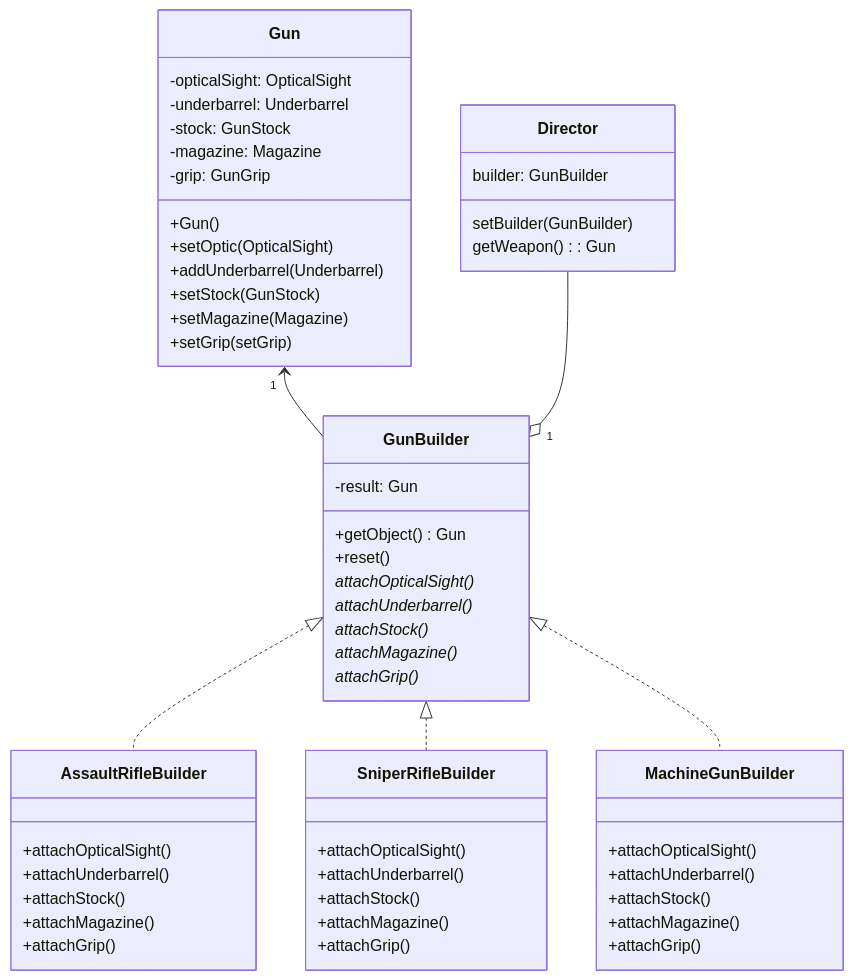
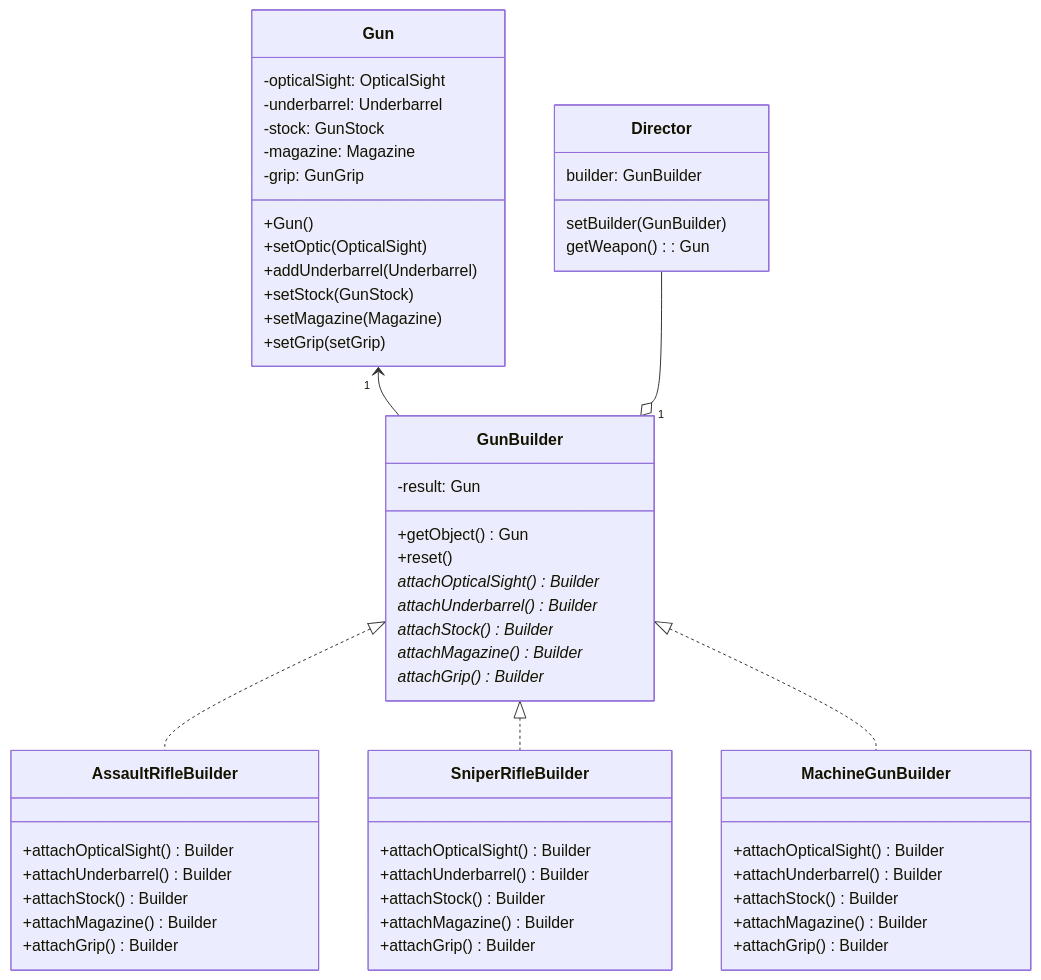
Before and after one commit to Bix2llets/CS202---Seminar: the fifth of 5 diagrams in 1. Builder/Builder.md, drawn with Mermaid. The commit also changed other lines of this file, not shown here.

Commit message:
Finish Builder.md file

````diff
--- a/1. Builder/Builder.md
+++ b/1. Builder/Builder.md
@@ -156,62 +156,62 @@
 ```mermaid
 classDiagram
 class Gun {
     -opticalSight: OpticalSight
     -underbarrel: Underbarrel
     -stock: GunStock
     -magazine: Magazine
     -grip: GunGrip
     +Gun()
     +setOptic(OpticalSight)
     +addUnderbarrel(Underbarrel)
     +setStock(GunStock)
     +setMagazine(Magazine)
     +setGrip(setGrip)
 }
 
 class GunBuilder {
     -result: Gun
     +getObject() Gun
     +reset()
 
-    attachOpticalSight()*
-    attachUnderbarrel()*
-    attachStock()*
-    attachMagazine()*
-    attachGrip()*
+    attachOpticalSight()* Builder
+    attachUnderbarrel()* Builder
+    attachStock()* Builder
+    attachMagazine()* Builder
+    attachGrip()* Builder
 }
 Gun "1" <-- GunBuilder
 GunBuilder <|.. AssaultRifleBuilder
 GunBuilder <|.. SniperRifleBuilder
 GunBuilder <|.. MachineGunBuilder
 class AssaultRifleBuilder {
-    +attachOpticalSight()
-    +attachUnderbarrel()
-    +attachStock()
-    +attachMagazine()
-    +attachGrip()
+    +attachOpticalSight() Builder 
+    +attachUnderbarrel()  Builder
+    +attachStock() Builder
+    +attachMagazine() Builder
+    +attachGrip() Builder
 }
 class SniperRifleBuilder {
-    +attachOpticalSight()
-    +attachUnderbarrel()
-    +attachStock()
-    +attachMagazine()
-    +attachGrip()
+    +attachOpticalSight()Builder
+    +attachUnderbarrel()Builder
+    +attachStock()Builder
+    +attachMagazine()Builder
+    +attachGrip()Builder
 }
 class MachineGunBuilder {
-    +attachOpticalSight()
-    +attachUnderbarrel()
-    +attachStock()
-    +attachMagazine()
-    +attachGrip()
+    +attachOpticalSight()Builder
+    +attachUnderbarrel()Builder
+    +attachStock()Builder
+    +attachMagazine()Builder
+    +attachGrip()Builder
 }
 Director --o "1" GunBuilder
 class Director {
     builder: GunBuilder
 
     setBuilder(GunBuilder)
     getWeapon(): Gun
 }
 
 
 ```
````
